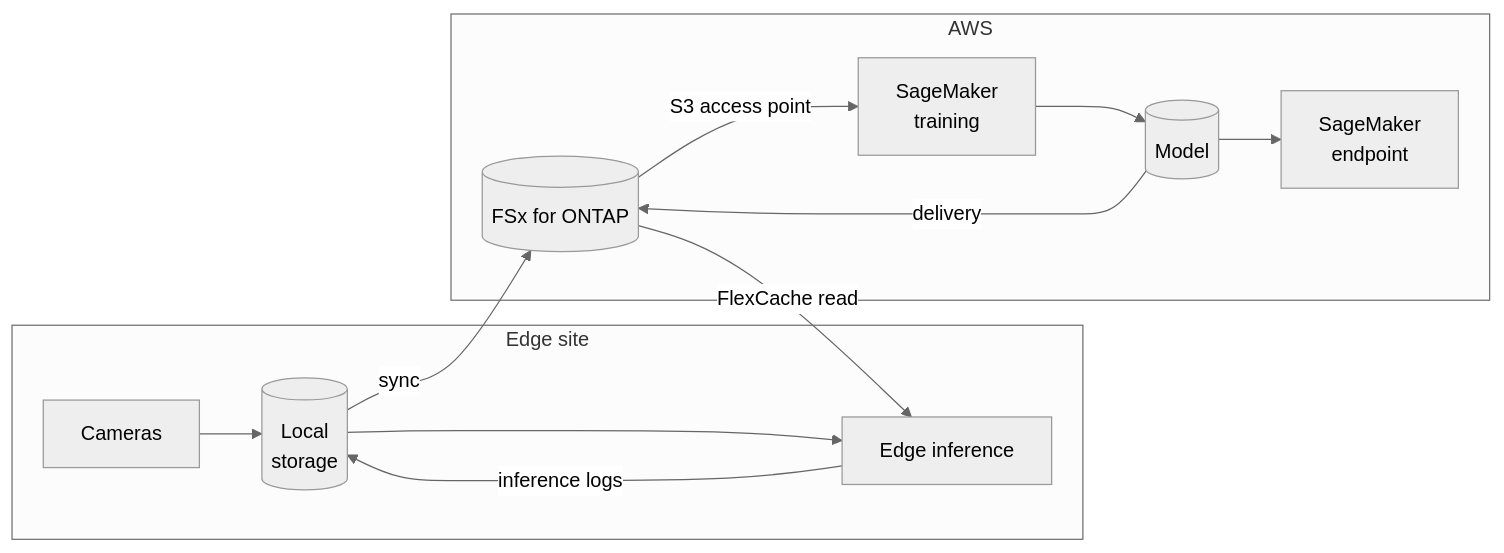
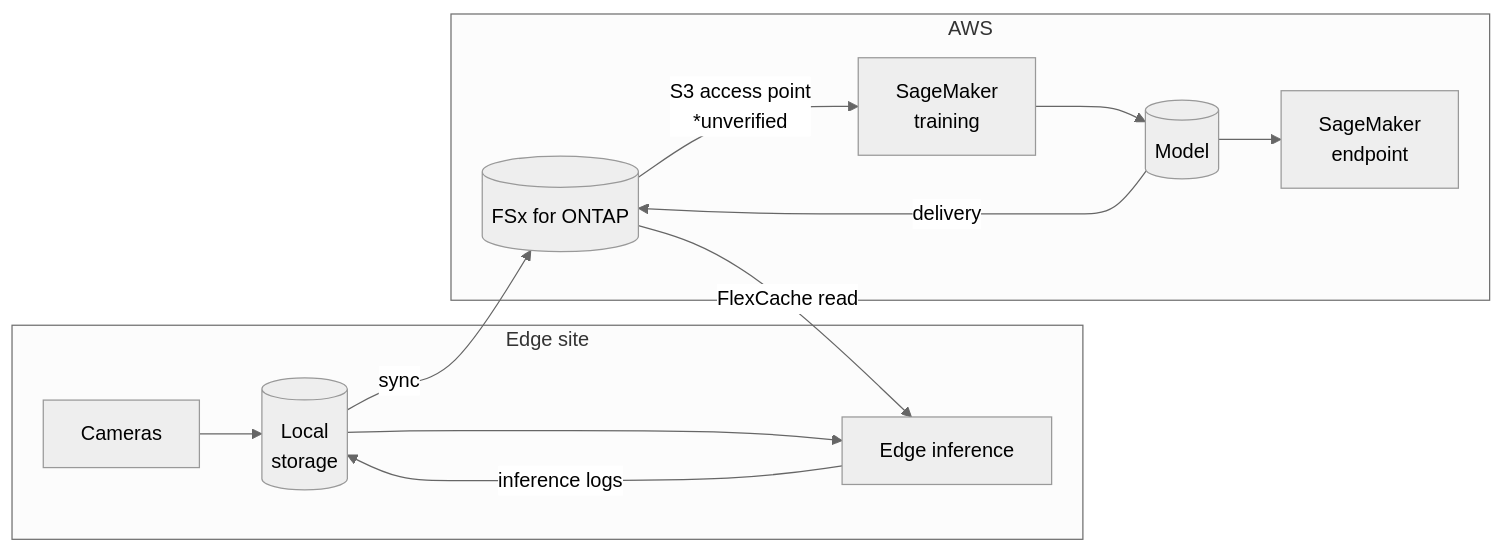
The diagram in docs/en/aws-patterns/02-edge-ai-sagemaker.md (Yoshiki0705/ONTAP-Edge-to-Cloud-AI), drawn with Mermaid (neutral theme) before and after one commit. The commit also changed other lines of this file and 42 other files, not shown here.

````diff
--- a/docs/en/aws-patterns/02-edge-ai-sagemaker.md
+++ b/docs/en/aws-patterns/02-edge-ai-sagemaker.md
@@ -26,16 +26,16 @@
 ```mermaid
 graph LR
   subgraph Edge["Edge site"]
     CAM[Cameras] --> LS[(Local<br/>storage)]
     LS --> INF[Edge inference]
   end
   subgraph Cloud["AWS"]
     LS -->|sync| FSX[(FSx for ONTAP)]
-    FSX -->|S3 access point| TR[SageMaker<br/>training]
+    FSX -->|S3 access point<br/>*unverified| TR[SageMaker<br/>training]
     TR --> MDL[(Model)]
     MDL --> EP[SageMaker<br/>endpoint]
     MDL -->|delivery| FSX
   end
   FSX -->|FlexCache read| INF
   INF -->|inference logs| LS
 ```
````
